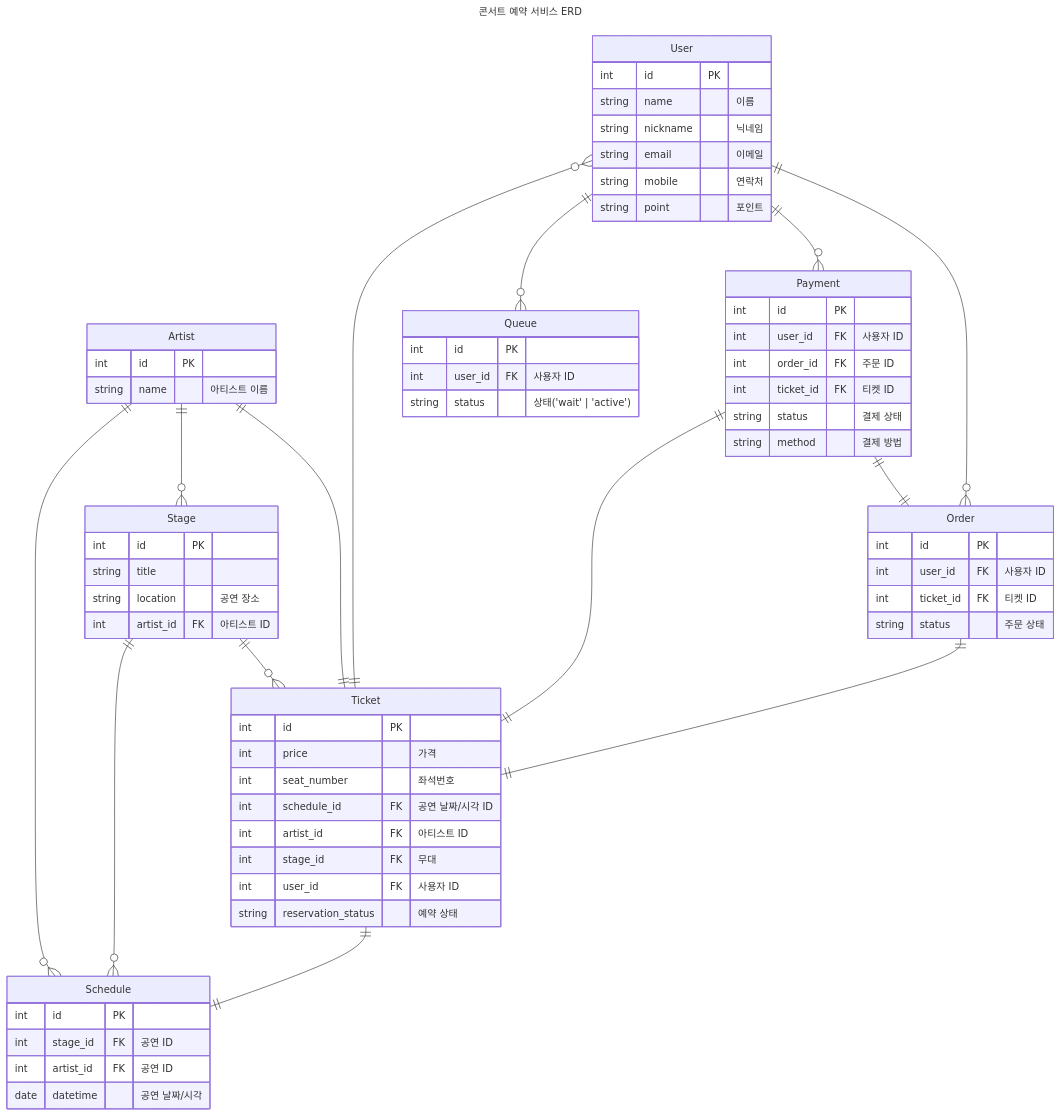
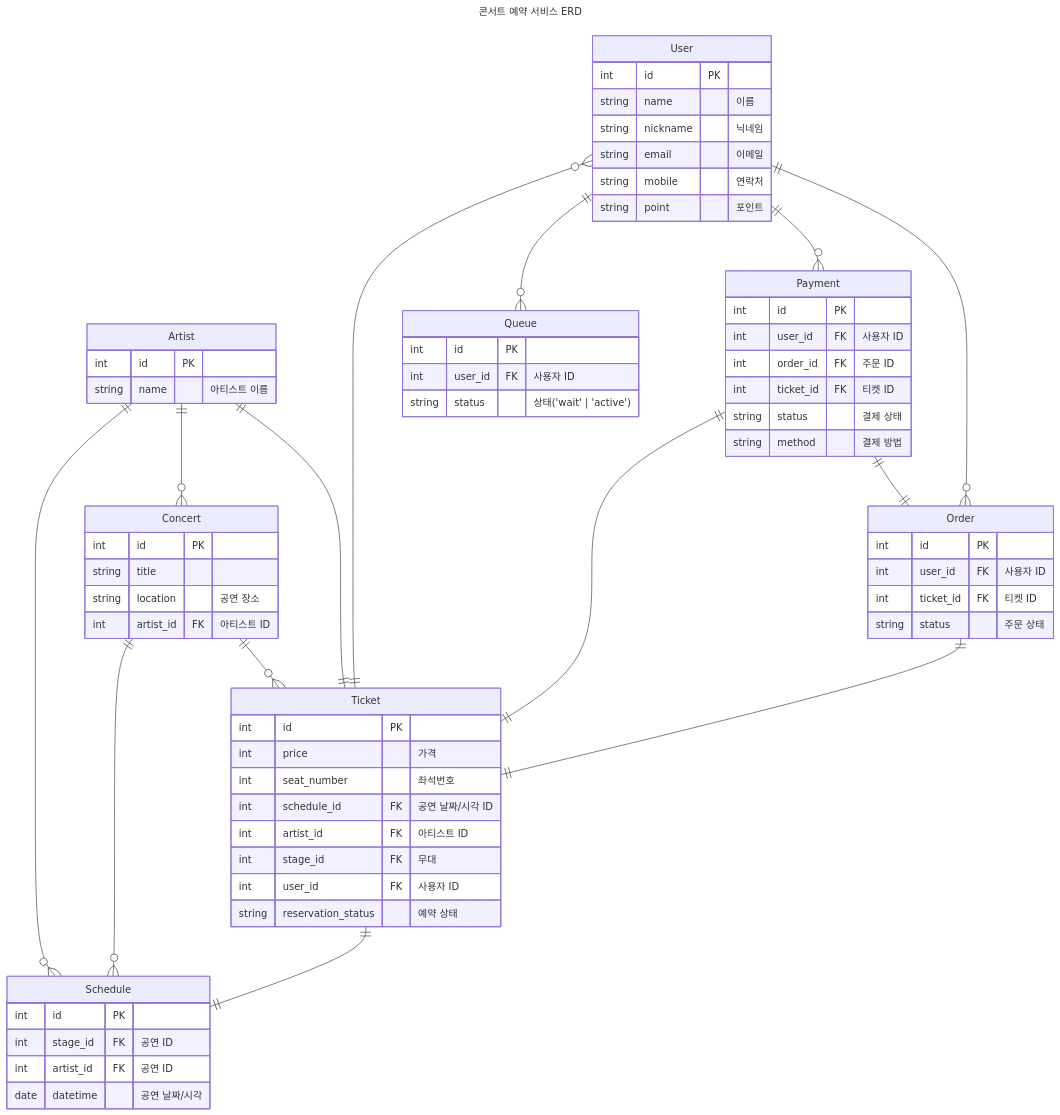
Before and after one commit to kimkyeseung/hhplus-server-nest: the diagram in README.md, drawn with Mermaid. The commit also changed 17 other files, not shown here.

````diff
--- a/README.md
+++ b/README.md
@@ -37,73 +37,73 @@
 ```mermaid
 ---
 title: 콘서트 예약 서비스 ERD
 ---
 erDiagram
     User {
         int id PK
         string name "이름"
         string nickname "닉네임"
         string email "이메일"
         string mobile "연락처"
         string point "포인트"
     }
     Artist {
         int id PK
         string name "아티스트 이름"
     }
-    Stage {
+    Concert {
         int id PK
         string title
         string location "공연 장소"
         int artist_id FK "아티스트 ID"
     }
     Schedule {
         int id PK
         int stage_id FK "공연 ID"
         int artist_id FK "공연 ID"
         date datetime "공연 날짜/시각"
     }
     Queue {
         int id PK
         int user_id FK "사용자 ID"
         string status "상태('wait' | 'active')"
     }
     Ticket {
         int id PK
         int price "가격"
         int seat_number "좌석번호"
         int schedule_id FK "공연 날짜/시각 ID"
         int artist_id FK "아티스트 ID"
         int stage_id FK "무대"
         int user_id FK "사용자 ID"
         string reservation_status "예약 상태"
     }
     Order {
         int id PK
         int user_id FK "사용자 ID"
         int ticket_id FK "티켓 ID"
         string status "주문 상태"
     }
     Payment {
         int id PK
         int user_id FK "사용자 ID"
         int order_id FK "주문 ID"
         int ticket_id FK "티켓 ID"
         string status "결제 상태"
         string method "결제 방법"
     }
     Ticket ||--o{ User: ""
-    Stage ||--o{ Ticket: ""
+    Concert ||--o{ Ticket: ""
     User ||--o{ Order: ""
     User ||--o{ Payment: ""
     User ||--o{ Queue: ""
     Order ||--|| Ticket: ""
     Artist ||--|| Ticket: ""
-    Artist ||--o{ Stage : ""
+    Artist ||--o{ Concert : ""
     Artist ||--o{ Schedule : ""
-    Stage ||--o{ Schedule : ""
+    Concert ||--o{ Schedule : ""
     Ticket ||--|| Schedule : ""
     Payment ||--|| Order: ""
     Payment ||--|| Ticket: ""
 
 ```
````
